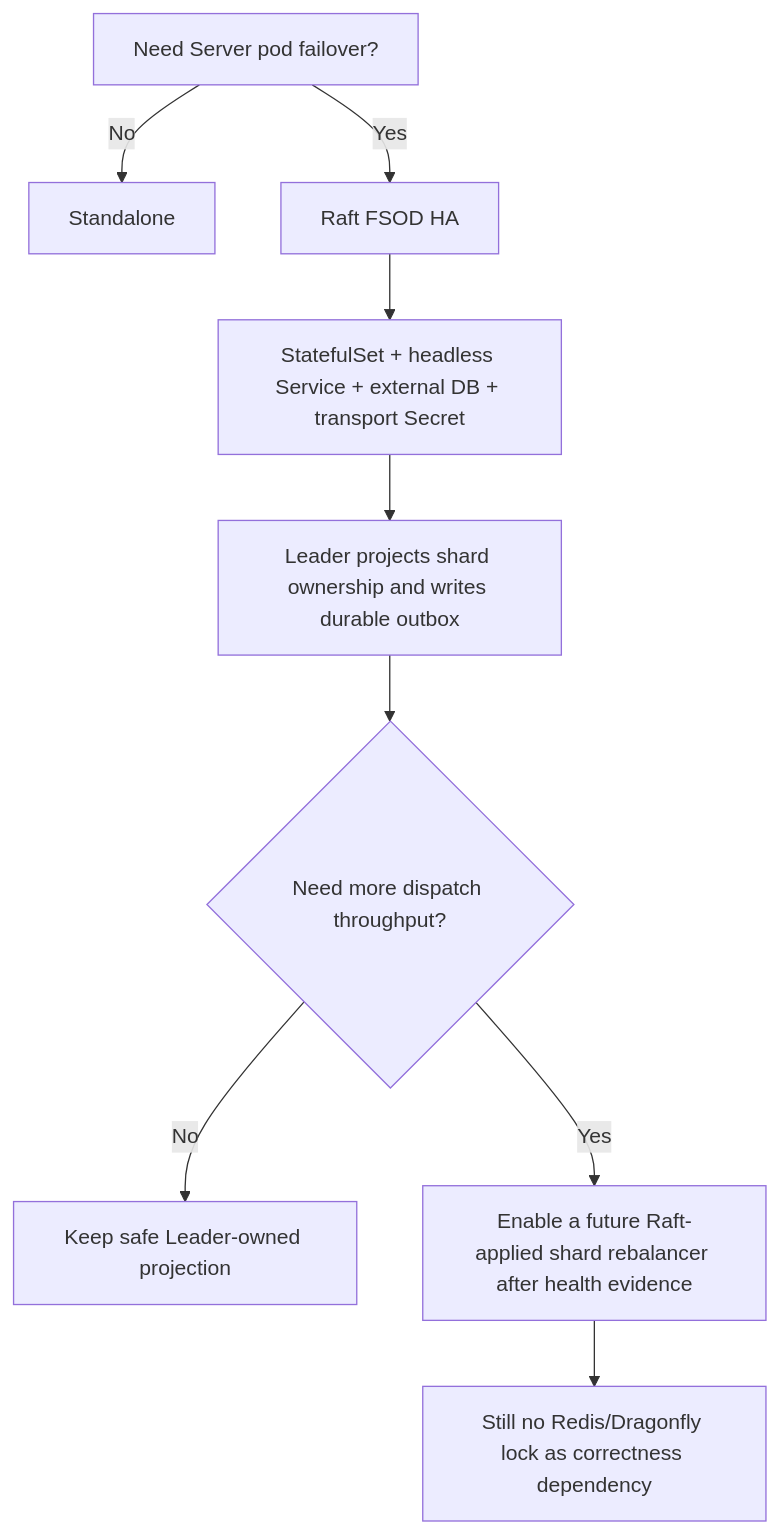
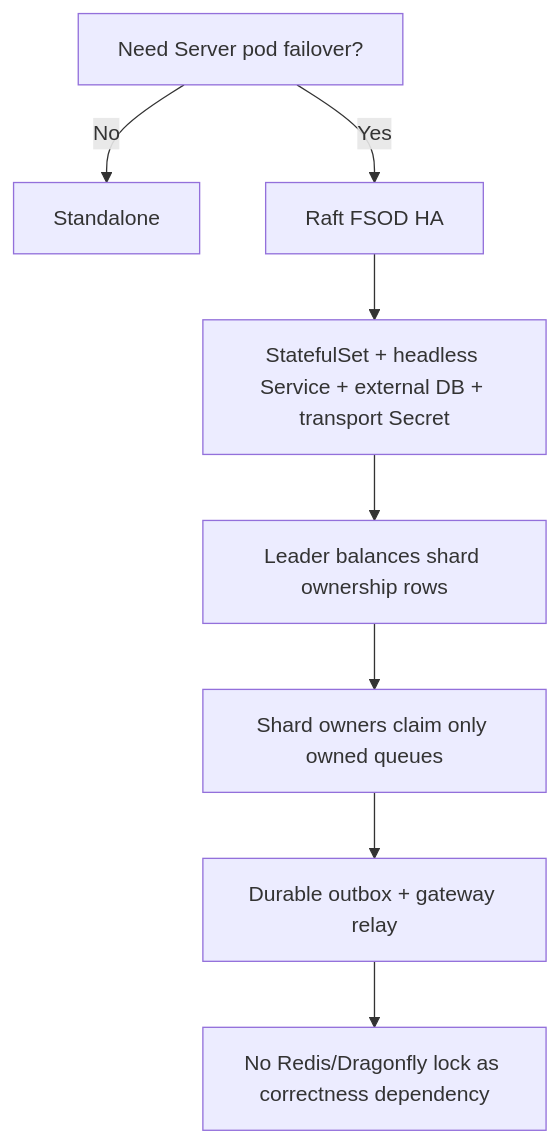
Before and after one commit to yhyzgn/tikeo: the third of 4 diagrams in docs/docs/deployment/server-ha.md, drawn with Mermaid. The commit also changed other lines of this file and 11 other files, not shown here.

````diff
--- a/docs/docs/deployment/server-ha.md
+++ b/docs/docs/deployment/server-ha.md
@@ -106,11 +106,10 @@
 ```mermaid
 flowchart TD
   A[Need Server pod failover?] -->|No| B[Standalone]
   A -->|Yes| C[Raft FSOD HA]
   C --> D[StatefulSet + headless Service + external DB + transport Secret]
-  D --> E[Leader projects shard ownership and writes durable outbox]
-  E --> F{Need more dispatch throughput?}
-  F -->|No| G[Keep safe Leader-owned projection]
-  F -->|Yes| H[Enable a future Raft-applied shard rebalancer after health evidence]
-  H --> I[Still no Redis/Dragonfly lock as correctness dependency]
+  D --> E[Leader balances shard ownership rows]
+  E --> F[Shard owners claim only owned queues]
+  F --> G[Durable outbox + gateway relay]
+  G --> H[No Redis/Dragonfly lock as correctness dependency]
 ```
````
